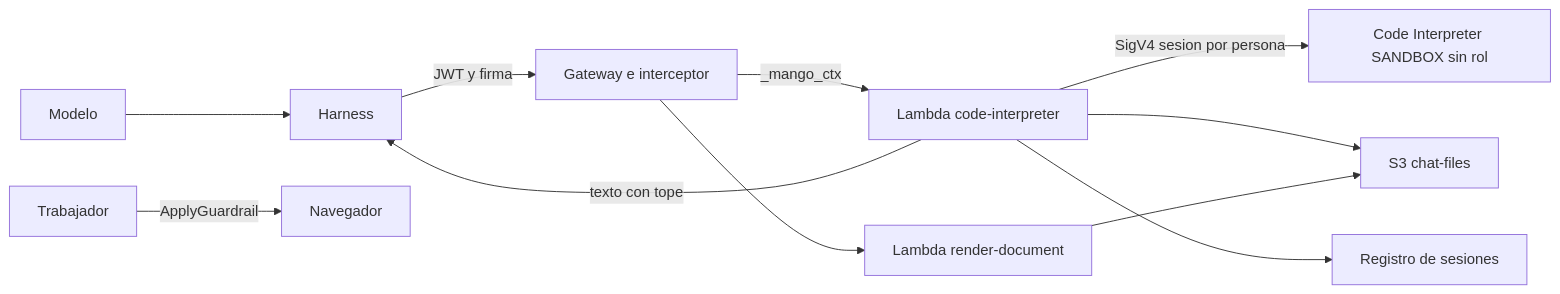
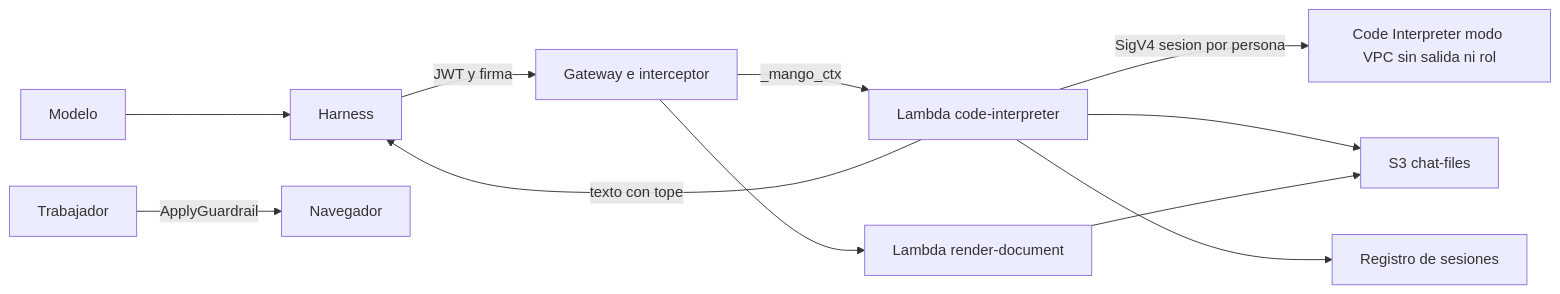
Before and after one commit to jhonmezaa/mango: the diagram in docs/security/threat-models/code-interpreter-threat-model.md, drawn with Mermaid. The commit also changed other lines of this file and 23 other files, not shown here.

First line of the commit message:
feat(infra): build the code sandbox and the chat files, unused yet

````diff
--- a/docs/security/threat-models/code-interpreter-threat-model.md
+++ b/docs/security/threat-models/code-interpreter-threat-model.md
@@ -66,13 +66,13 @@
 ```mermaid
 flowchart LR
   M["Modelo"] --> H["Harness"]
   H -->|"JWT y firma"| G["Gateway e interceptor"]
   G -->|"_mango_ctx"| C["Lambda code-interpreter"]
-  C -->|"SigV4 sesion por persona"| CI["Code Interpreter SANDBOX sin rol"]
+  C -->|"SigV4 sesion por persona"| CI["Code Interpreter modo VPC sin salida ni rol"]
   C --> S3["S3 chat-files"]
   C --> D["Registro de sesiones"]
   G --> R["Lambda render-document"]
   R --> S3
   C -->|"texto con tope"| H
   W["Trabajador"] -->|"ApplyGuardrail"| B["Navegador"]
 ```
````
